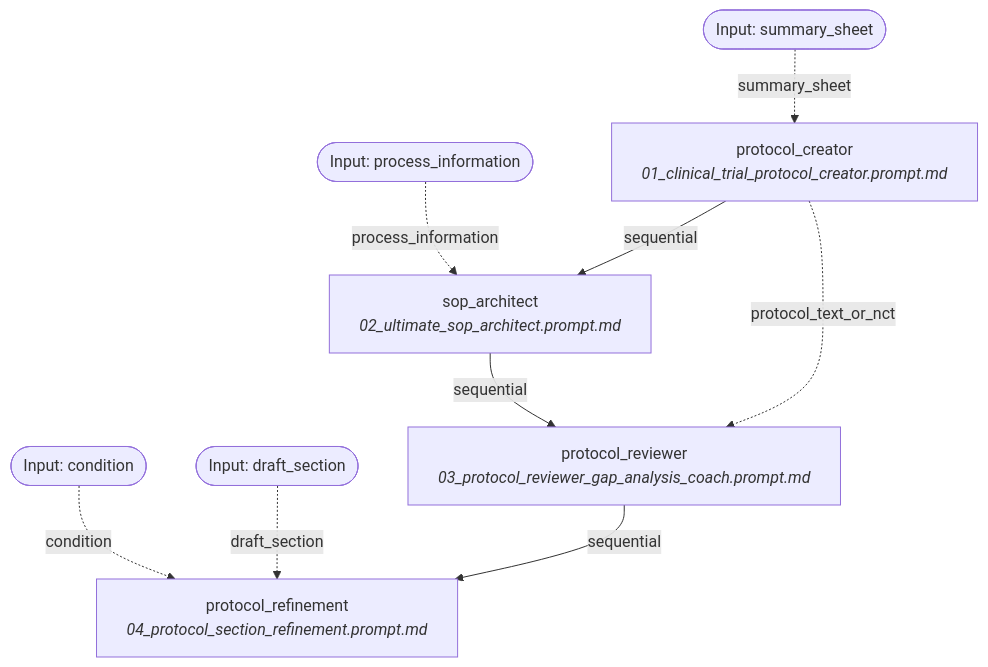
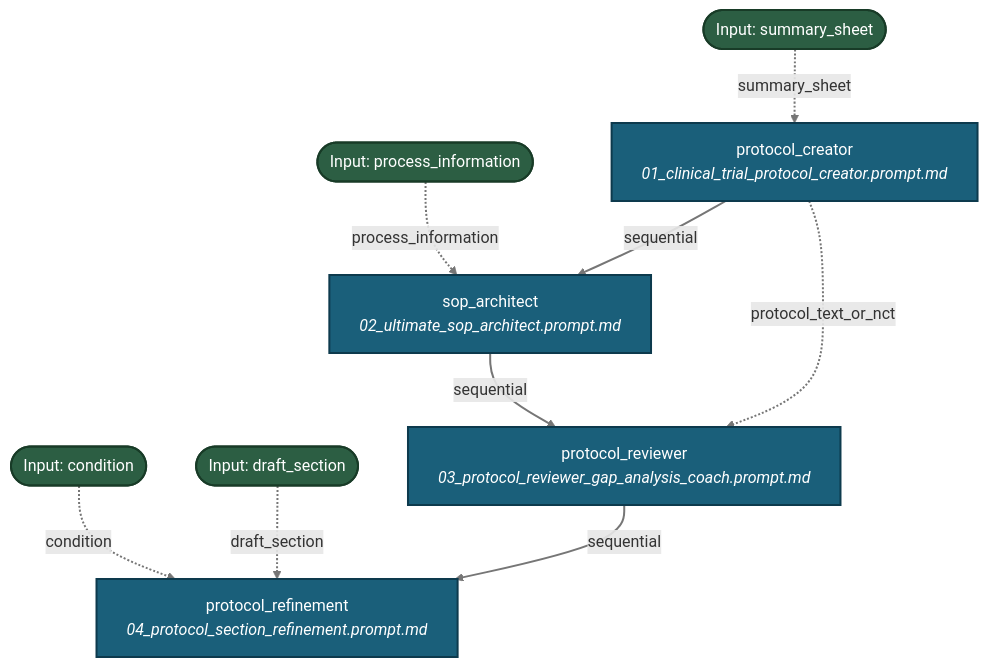
The diagram in docs/workflows/protocol.md (fderuiter/proompts), drawn with Mermaid before and after one commit. The commit also changed 267 other files, not shown here.

````diff
--- a/docs/workflows/protocol.md
+++ b/docs/workflows/protocol.md
@@ -11,19 +11,22 @@
 ```mermaid
 graph TD
-    INPUT_summary_sheet([Input: summary_sheet])
-    INPUT_process_information([Input: process_information])
-    INPUT_condition([Input: condition])
-    INPUT_draft_section([Input: draft_section])
-    protocol_creator[protocol_creator<br><i>01_clinical_trial_protocol_creator.prompt.md</i>]
+    classDef stepNode fill:#1a5f7a,stroke:#0d3a4d,stroke-width:2px,color:#ffffff;
+    classDef inputNode fill:#2c5e43,stroke:#183b27,stroke-width:2px,color:#ffffff;
+    INPUT_summary_sheet([Input: summary_sheet]):::inputNode
+    INPUT_process_information([Input: process_information]):::inputNode
+    INPUT_condition([Input: condition]):::inputNode
+    INPUT_draft_section([Input: draft_section]):::inputNode
+    protocol_creator[protocol_creator<br><i>01_clinical_trial_protocol_creator.prompt.md</i>]:::stepNode
     INPUT_summary_sheet -. summary_sheet .-> protocol_creator
     protocol_creator -->|sequential| sop_architect
-    sop_architect[sop_architect<br><i>02_ultimate_sop_architect.prompt.md</i>]
+    sop_architect[sop_architect<br><i>02_ultimate_sop_architect.prompt.md</i>]:::stepNode
     INPUT_process_information -. process_information .-> sop_architect
     sop_architect -->|sequential| protocol_reviewer
-    protocol_reviewer[protocol_reviewer<br><i>03_protocol_reviewer_gap_analysis_coach.prompt.md</i>]
+    protocol_reviewer[protocol_reviewer<br><i>03_protocol_reviewer_gap_analysis_coach.prompt.md</i>]:::stepNode
     protocol_creator -. protocol_text_or_nct .-> protocol_reviewer
     protocol_reviewer -->|sequential| protocol_refinement
-    protocol_refinement[protocol_refinement<br><i>04_protocol_section_refinement.prompt.md</i>]
+    protocol_refinement[protocol_refinement<br><i>04_protocol_section_refinement.prompt.md</i>]:::stepNode
     INPUT_condition -. condition .-> protocol_refinement
     INPUT_draft_section -. draft_section .-> protocol_refinement
+    linkStyle default stroke:#767676,stroke-width:2px;
 ```
````
